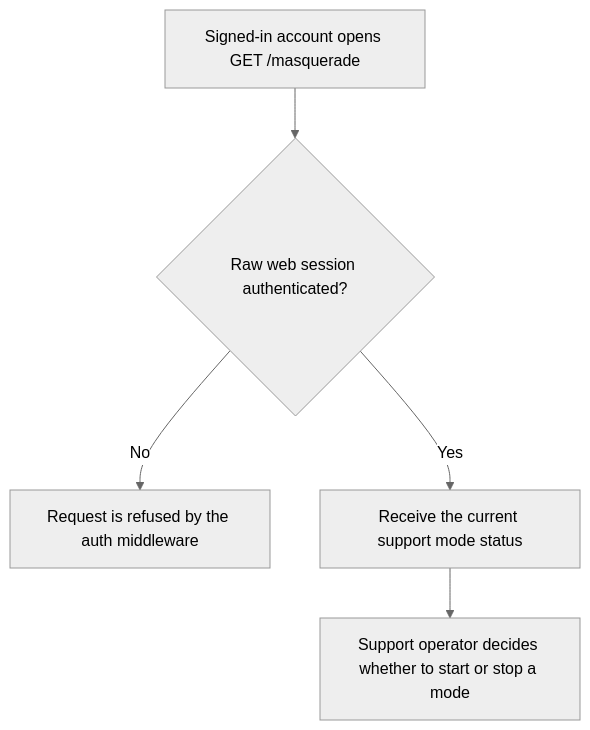
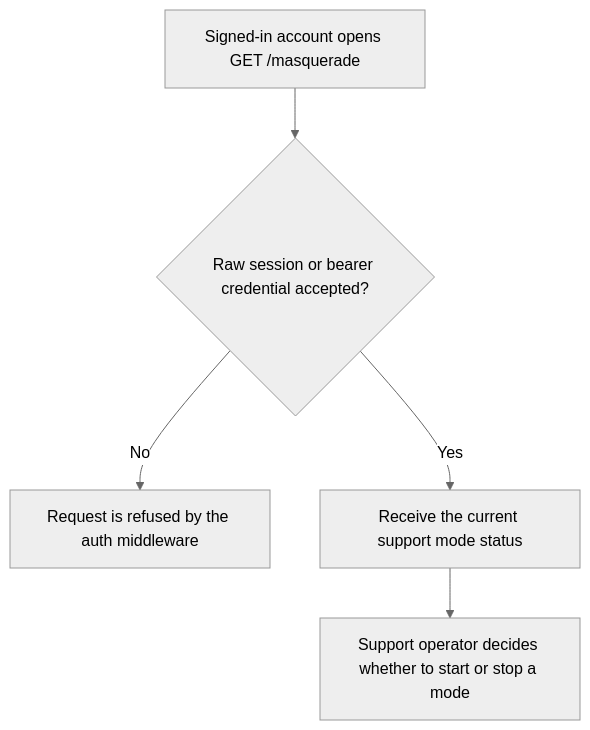
One commit to Kevinjohn/oss-adonisjs-starter-examples changed the first of 2 diagrams in user-stories/support/us-masq-05-read-support-mode-status.md. Above: the diagram before and after it, drawn with Mermaid (neutral theme). The commit also changed other lines of this file and 29 other files, not shown here.

````diff
--- a/user-stories/support/us-masq-05-read-support-mode-status.md
+++ b/user-stories/support/us-masq-05-read-support-mode-status.md
@@ -26,7 +26,7 @@
 ```mermaid
 flowchart TD
-    A["Signed-in account opens GET /masquerade"] --> B{"Raw web session authenticated?"}
+    A["Signed-in account opens GET /masquerade"] --> B{"Raw session or bearer credential accepted?"}
     B -->|No| C["Request is refused by the auth middleware"]
     B -->|Yes| D["Receive the current support mode status"]
     D --> E["Support operator decides whether to start or stop a mode"]
 ```
````
